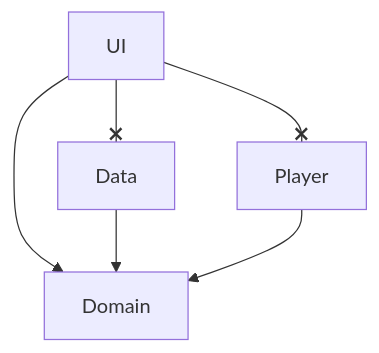
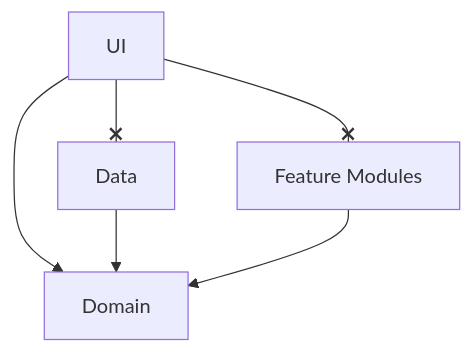
The diagram in gemini.md (bennytsai1234/gemini-music-player), drawn with Mermaid before and after one commit. The commit also changed other lines of this file and 4 other files, not shown here.

````diff
--- a/gemini.md
+++ b/gemini.md
@@ -53,8 +63,8 @@
 ```mermaid
 graph TD
     UI --> Domain
     Data --> Domain
-    Player --> Domain
+    Feature[Feature Modules] --> Domain
     UI --x Data
-    UI --x Player
+    UI --x Feature
 ```
````
